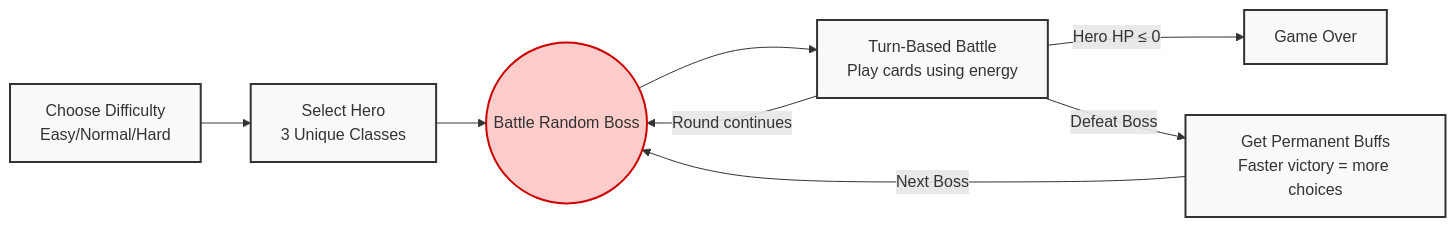
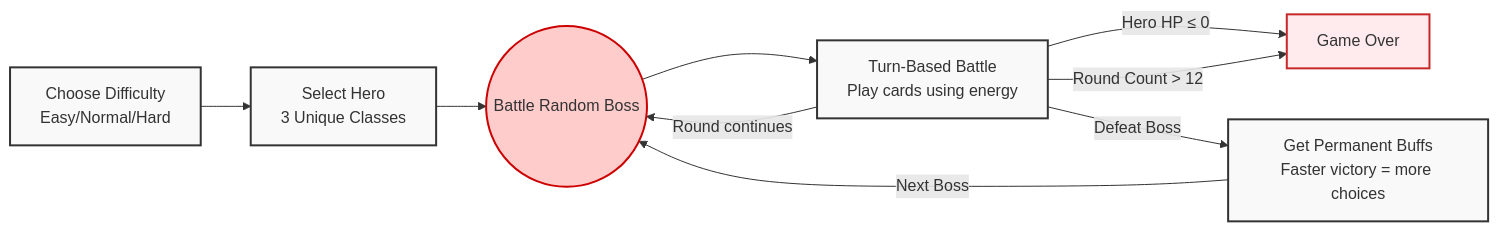
The first of 2 diagrams in README.md (IcyCrucifix/COMP2113_Group66), drawn with Mermaid before and after one commit.

Commit message:
Enhance game rules with round flow details
Added additional flow details to the game rules section.

````diff
--- a/README.md
+++ b/README.md
@@ -47,14 +47,20 @@
 ```mermaid
 graph LR
     A[Choose Difficulty<br>Easy/Normal/Hard] --> B[Select Hero<br>3 Unique Classes]
     B --> C((Battle Random Boss))
     C --> D[Turn-Based Battle<br>Play cards using energy]
+    
     D -->|Round continues| C
     D -->|Hero HP ≤ 0| E[Game Over]
+    D -->|Round Count > 12| E
     D -->|Defeat Boss| F[Get Permanent Buffs<br>Faster victory = more choices]
+    
     F -->|Next Boss| C
     
     classDef default fill:#f9f9f9,stroke:#333,stroke-width:2px;
     classDef boss fill:#ffcccc,stroke:#cc0000,stroke-width:2px;
+    classDef death fill:#ffebee,stroke:#c62828,stroke-width:2px;
+    
     class C boss;
+    class E death;
 ```
````
